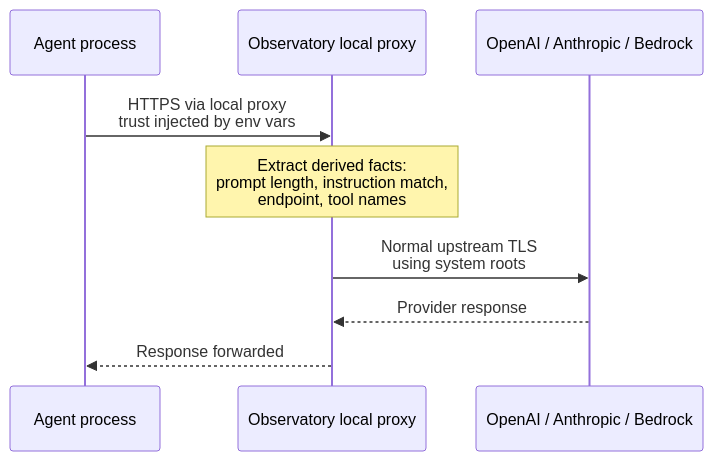
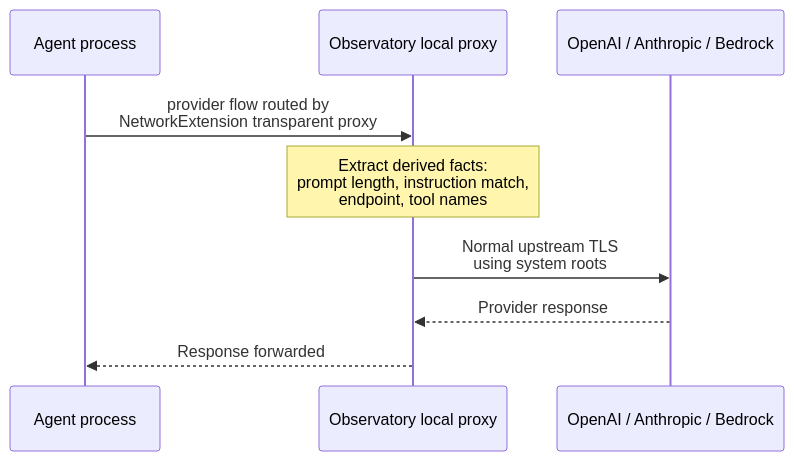
Before and after one commit to cipher982/agent-observatory: the second of 2 diagrams in README.md, drawn with Mermaid. The commit also changed other lines of this file and 29 other files, not shown here.

First line of the commit message:
Add NetworkExtension transparent-proxy capture (NE epic) + launch hardening

````diff
--- a/README.md
+++ b/README.md
@@ -231,12 +237,12 @@
 ```mermaid
 sequenceDiagram
     participant Agent as Agent process
     participant Proxy as Observatory local proxy
     participant Provider as OpenAI / Anthropic / Bedrock
 
-    Agent->>Proxy: HTTPS via local proxy<br/>trust injected by env vars
+    Agent->>Proxy: provider flow routed by<br/>NetworkExtension transparent proxy
     Note over Proxy: Extract derived facts:<br/>prompt length, instruction match,<br/>endpoint, tool names
     Proxy->>Provider: Normal upstream TLS<br/>using system roots
     Provider-->>Proxy: Provider response
     Proxy-->>Agent: Response forwarded
 ```
````
